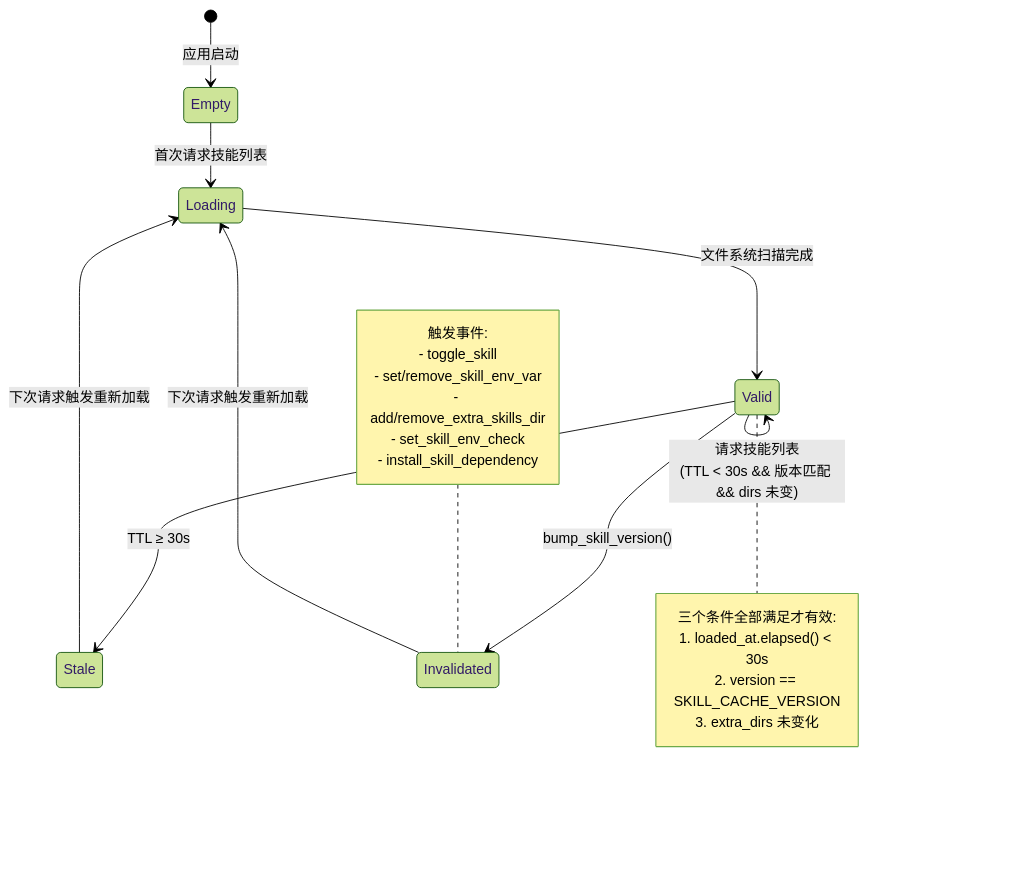
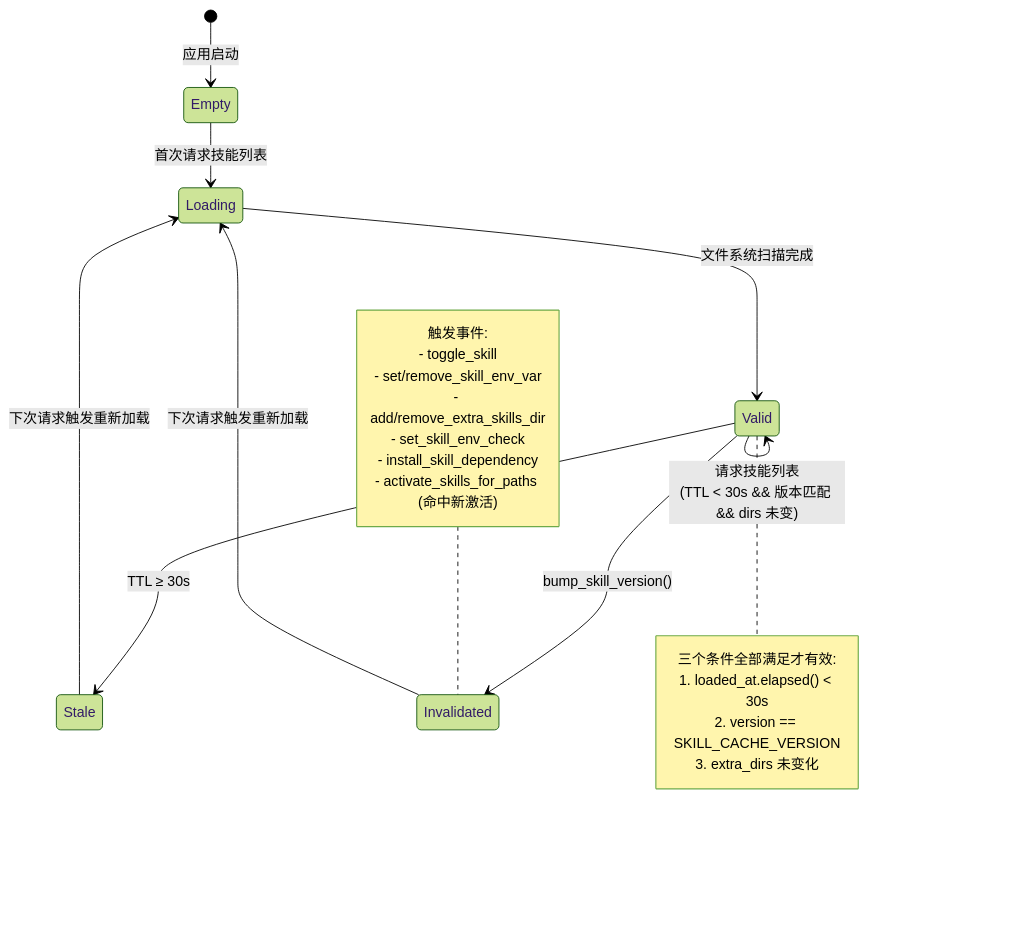
Diagram 14 of 18 in docs/architecture/skill-system.md (shiwenwen/hope-agent), drawn with Mermaid (forest theme) before and after one commit. The commit also changed other lines of this file and 30 other files, not shown here.

````diff
--- a/docs/architecture/skill-system.md
+++ b/docs/architecture/skill-system.md
@@ -661,30 +1090,31 @@
 ```mermaid
 stateDiagram-v2
     [*] --> Empty: 应用启动
 
     Empty --> Loading: 首次请求技能列表
     Loading --> Valid: 文件系统扫描完成
 
     Valid --> Valid: 请求技能列表<br/>(TTL < 30s && 版本匹配 && dirs 未变)
     Valid --> Stale: TTL ≥ 30s
 
     Valid --> Invalidated: bump_skill_version()
     Stale --> Loading: 下次请求触发重新加载
     Invalidated --> Loading: 下次请求触发重新加载
 
     note right of Valid
         三个条件全部满足才有效:
         1. loaded_at.elapsed() < 30s
         2. version == SKILL_CACHE_VERSION
         3. extra_dirs 未变化
     end note
 
     note left of Invalidated
         触发事件:
         - toggle_skill
         - set/remove_skill_env_var
         - add/remove_extra_skills_dir
         - set_skill_env_check
         - install_skill_dependency
+        - activate_skills_for_paths (命中新激活)
     end note
 ```
````
